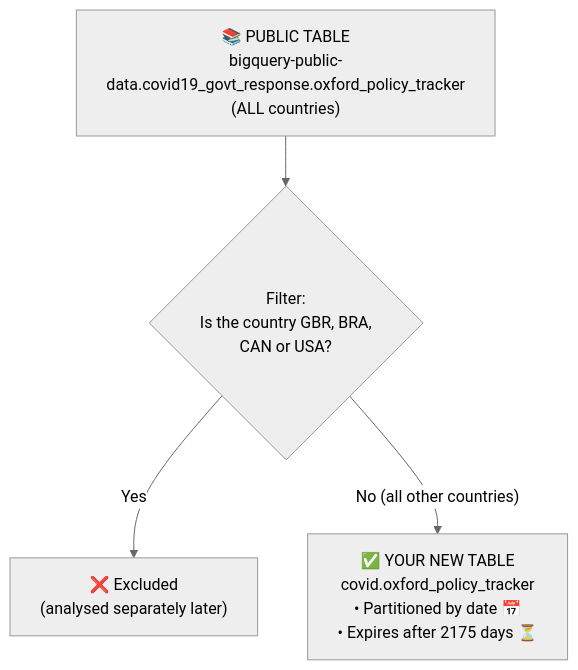
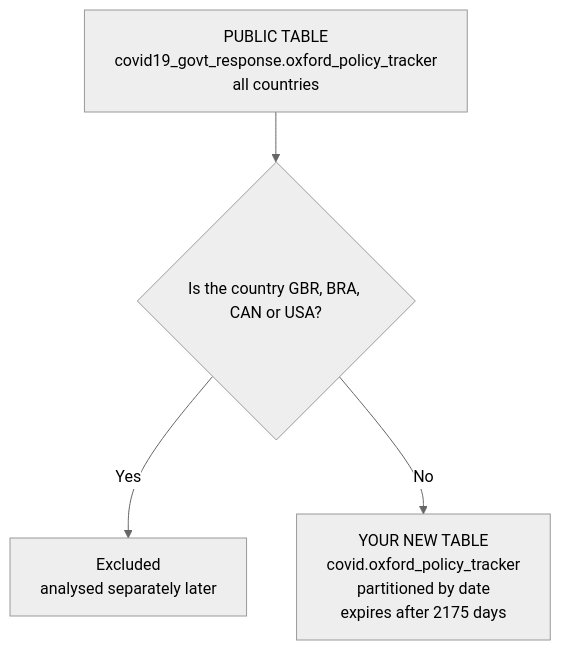
One commit to swapnilukeyie/Gclouud-Cloud-Engineer-Cert- changed the second of 6 diagrams in Week 1 - Build a Data Warehouse with BigQuery/GSP340 - Challenge Lab/README.md. Above: the diagram before and after it, drawn with Mermaid (neutral theme). The commit also changed other lines of this file, not shown here.

Commit message:
Week 1: Build a Data Warehouse with BigQuery (GSP340)

````diff
--- a/Week 1 - Build a Data Warehouse with BigQuery/GSP340 - Challenge Lab/README.md
+++ b/Week 1 - Build a Data Warehouse with BigQuery/GSP340 - Challenge Lab/README.md
@@ -113,11 +113,11 @@
 ```mermaid
 flowchart TD
-    A["📚 PUBLIC TABLE<br/>bigquery-public-data.covid19_govt_response.oxford_policy_tracker<br/>(ALL countries)"]
-    B{"Filter:<br/>Is the country GBR, BRA,<br/>CAN or USA?"}
-    C["❌ Excluded<br/>(analysed separately later)"]
-    D["✅ YOUR NEW TABLE<br/>covid.oxford_policy_tracker<br/>• Partitioned by date 📅<br/>• Expires after 2175 days ⏳"]
+    A["PUBLIC TABLE<br/>covid19_govt_response.oxford_policy_tracker<br/>all countries"]
+    B{"Is the country GBR, BRA, CAN or USA?"}
+    C["Excluded<br/>analysed separately later"]
+    D["YOUR NEW TABLE<br/>covid.oxford_policy_tracker<br/>partitioned by date<br/>expires after 2175 days"]
 
     A --> B
-    B -- "Yes" --> C
-    B -- "No (all other countries)" --> D
+    B -->|Yes| C
+    B -->|No| D
 ```
````
